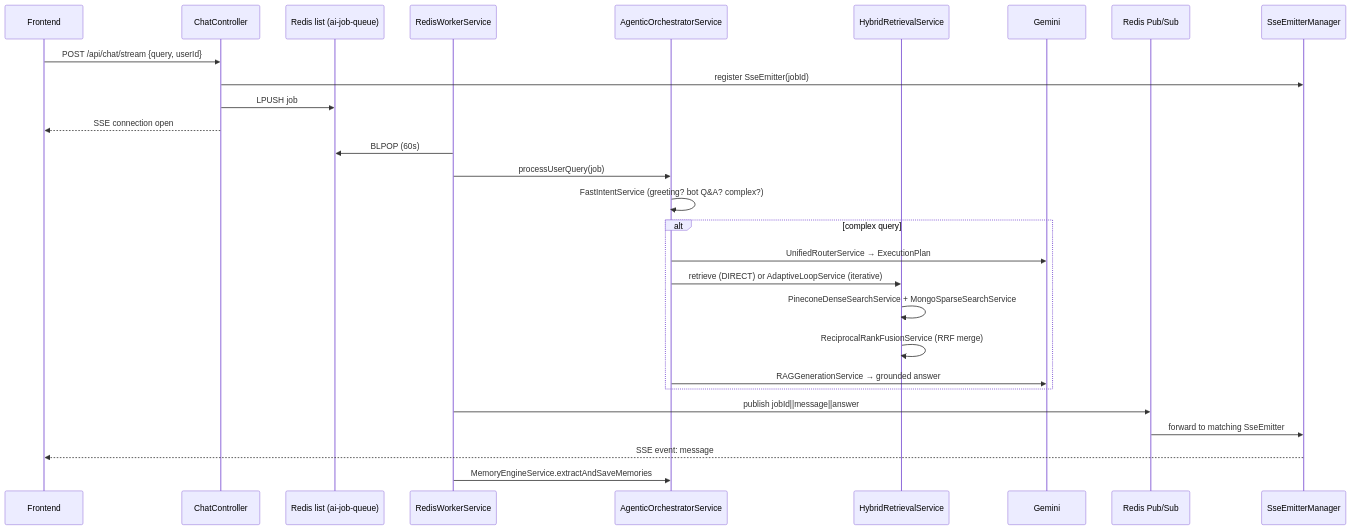
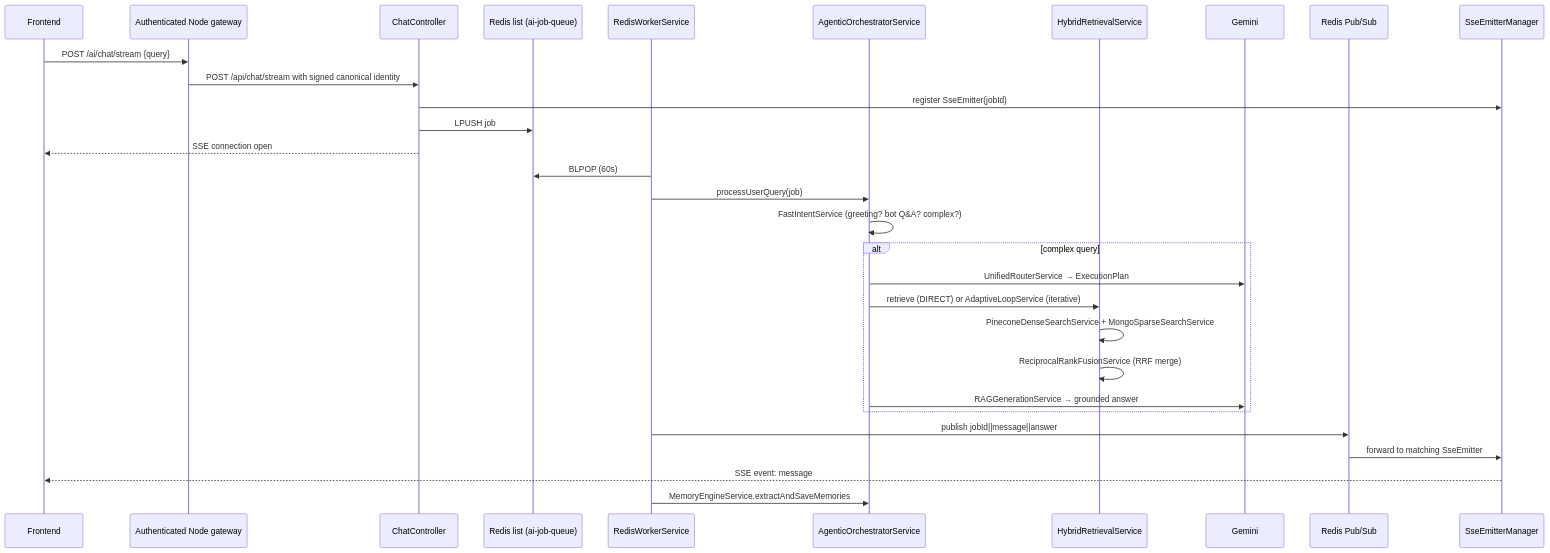
The second of 4 diagrams in README.md (amanxsays/dev-Tinder-Spring-Backend), drawn with Mermaid before and after one commit. The commit also changed other lines of this file and 7 other files, not shown here.

Commit message:
Verify signed AI gateway requests and remove embedded database credential

````diff
--- a/README.md
+++ b/README.md
@@ -106,32 +115,34 @@
 ```mermaid
 sequenceDiagram
     participant FE as Frontend
+    participant Node as Authenticated Node gateway
     participant Chat as ChatController
     participant Q as Redis list (ai-job-queue)
     participant W as RedisWorkerService
     participant Orch as AgenticOrchestratorService
     participant Ret as HybridRetrievalService
     participant Gem as Gemini
     participant PS as Redis Pub/Sub
     participant Sse as SseEmitterManager
 
-    FE->>Chat: POST /api/chat/stream {query, userId}
+    FE->>Node: POST /ai/chat/stream {query}
+    Node->>Chat: POST /api/chat/stream with signed canonical identity
     Chat->>Sse: register SseEmitter(jobId)
     Chat->>Q: LPUSH job
     Chat-->>FE: SSE connection open
 
     W->>Q: BLPOP (60s)
     W->>Orch: processUserQuery(job)
     Orch->>Orch: FastIntentService (greeting? bot Q&A? complex?)
     alt complex query
         Orch->>Gem: UnifiedRouterService → ExecutionPlan
         Orch->>Ret: retrieve (DIRECT) or AdaptiveLoopService (iterative)
         Ret->>Ret: PineconeDenseSearchService + MongoSparseSearchService
         Ret->>Ret: ReciprocalRankFusionService (RRF merge)
         Orch->>Gem: RAGGenerationService → grounded answer
     end
     W->>PS: publish jobId||message||answer
     PS->>Sse: forward to matching SseEmitter
     Sse-->>FE: SSE event: message
     W->>Orch: MemoryEngineService.extractAndSaveMemories
 ```
````
